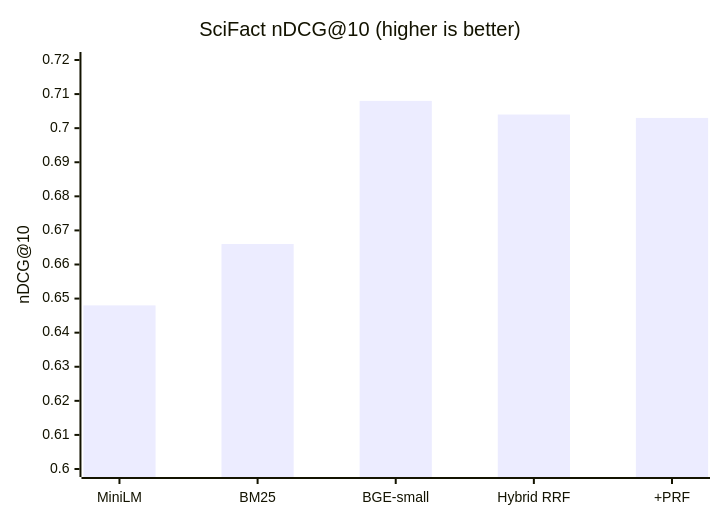
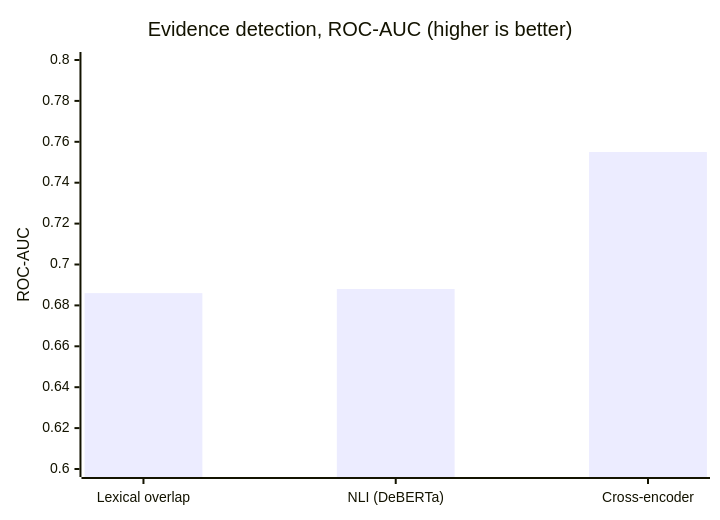
The seventh of 8 diagrams in README.md (urme-b/NexusRAG), drawn with Mermaid before and after one commit. The commit also changed other lines of this file, not shown here.

````diff
--- a/README.md
+++ b/README.md
@@ -34,7 +126,7 @@
 ```mermaid
 xychart-beta
-    title "SciFact nDCG@10 (higher is better)"
-    x-axis ["MiniLM", "BM25", "BGE-small", "Hybrid RRF", "+PRF"]
-    y-axis "nDCG@10" 0.60 --> 0.72
-    bar [0.648, 0.666, 0.708, 0.704, 0.703]
+    title "Evidence detection, ROC-AUC (higher is better)"
+    x-axis ["Lexical overlap", "NLI (DeBERTa)", "Cross-encoder"]
+    y-axis "ROC-AUC" 0.6 --> 0.8
+    bar [0.686, 0.688, 0.755]
 ```
````
